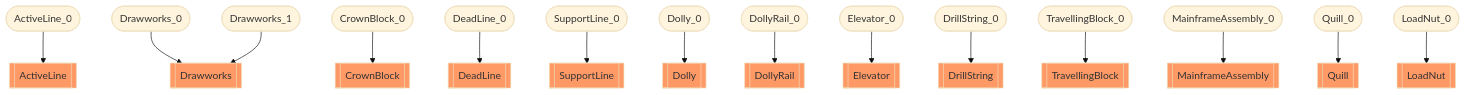
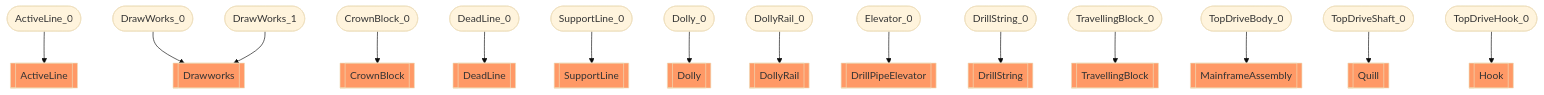
Before and after one commit to D-WIS/DDHub-Semantic-Interoperability: the diagram in docs/vocabulary_development/auto-generated/md/examples/Surface mechanical circuit.md, drawn with Mermaid (base theme). The commit also changed other lines of this file and 36 other files, not shown here.

````diff
--- a/docs/vocabulary_development/auto-generated/md/examples/Surface mechanical circuit.md
+++ b/docs/vocabulary_development/auto-generated/md/examples/Surface mechanical circuit.md
@@ -16,19 +16,19 @@
 ```mermaid
 flowchart TD
 	 classDef typeClass fill:#f96;
 	 classDef classClass fill:#9dd0ff;
 	ActiveLine_0([ActiveLine_0]) --> ActiveLine[[ActiveLine]]:::typeClass
-	Drawworks_0([Drawworks_0]) --> Drawworks[[Drawworks]]:::typeClass
+	DrawWorks_0([DrawWorks_0]) --> Drawworks[[Drawworks]]:::typeClass
 	CrownBlock_0([CrownBlock_0]) --> CrownBlock[[CrownBlock]]:::typeClass
 	DeadLine_0([DeadLine_0]) --> DeadLine[[DeadLine]]:::typeClass
 	SupportLine_0([SupportLine_0]) --> SupportLine[[SupportLine]]:::typeClass
-	Drawworks_1([Drawworks_1]) --> Drawworks[[Drawworks]]:::typeClass
+	DrawWorks_1([DrawWorks_1]) --> Drawworks[[Drawworks]]:::typeClass
 	Dolly_0([Dolly_0]) --> Dolly[[Dolly]]:::typeClass
 	DollyRail_0([DollyRail_0]) --> DollyRail[[DollyRail]]:::typeClass
-	Elevator_0([Elevator_0]) --> Elevator[[Elevator]]:::typeClass
+	Elevator_0([Elevator_0]) --> DrillPipeElevator[[DrillPipeElevator]]:::typeClass
 	DrillString_0([DrillString_0]) --> DrillString[[DrillString]]:::typeClass
 	TravellingBlock_0([TravellingBlock_0]) --> TravellingBlock[[TravellingBlock]]:::typeClass
-	MainframeAssembly_0([MainframeAssembly_0]) --> MainframeAssembly[[MainframeAssembly]]:::typeClass
-	Quill_0([Quill_0]) --> Quill[[Quill]]:::typeClass
-	LoadNut_0([LoadNut_0]) --> LoadNut[[LoadNut]]:::typeClass
+	TopDriveBody_0([TopDriveBody_0]) --> MainframeAssembly[[MainframeAssembly]]:::typeClass
+	TopDriveShaft_0([TopDriveShaft_0]) --> Quill[[Quill]]:::typeClass
+	TopDriveHook_0([TopDriveHook_0]) --> Hook[[Hook]]:::typeClass
 ```
````
